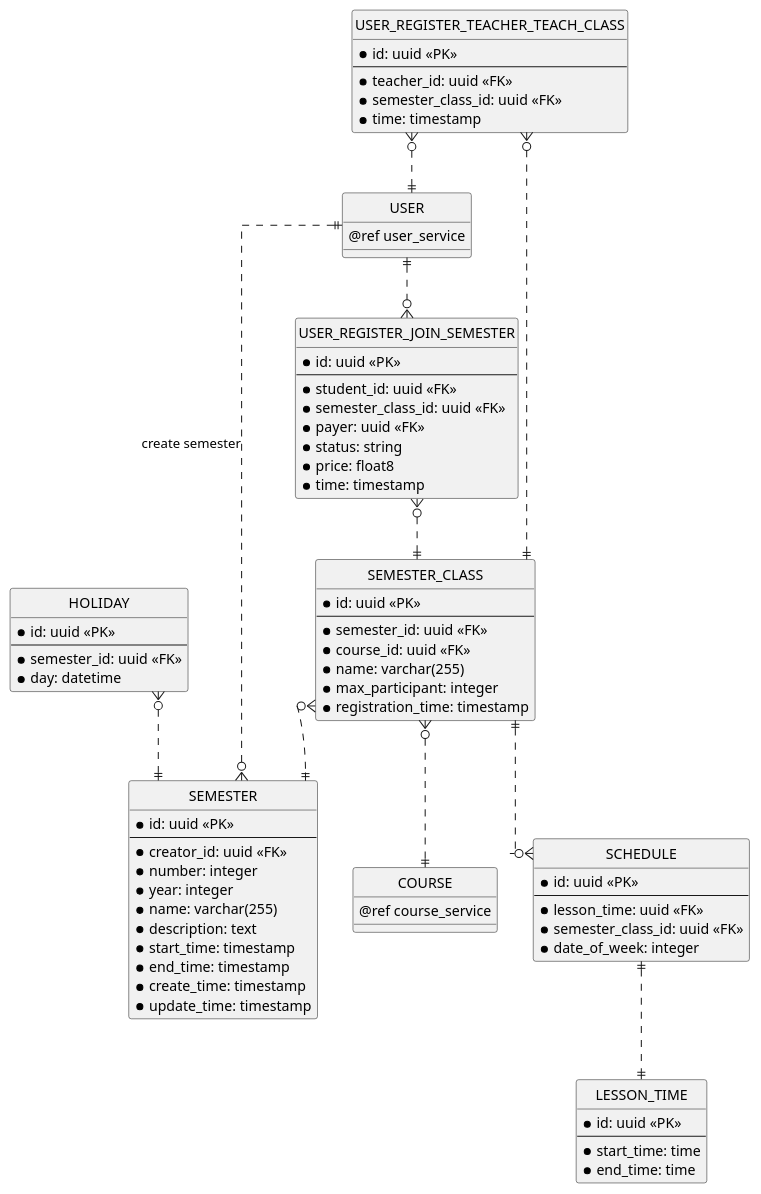
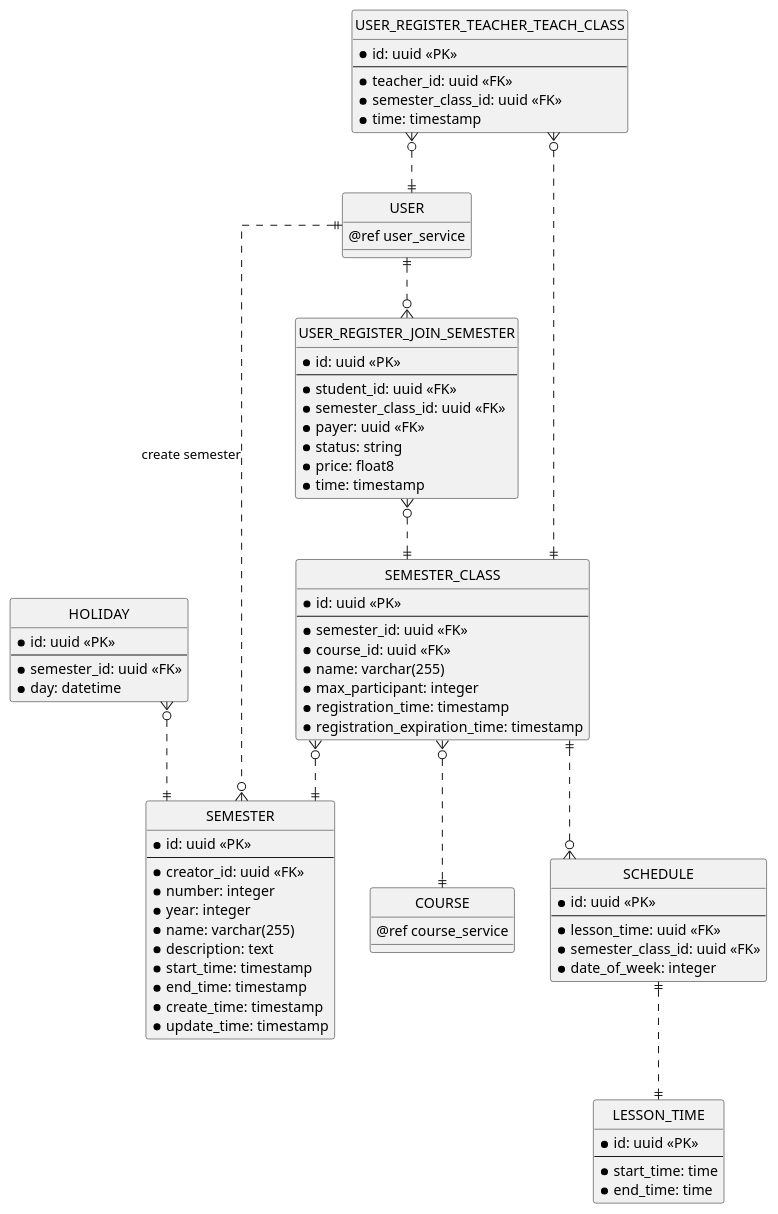
The fifth of 12 diagrams in erd.md (chungnguyenbkcse/ERD-USECASE-KIDSDRAWING), drawn with PlantUML before and after one commit. The commit also changed 1 other file, not shown here.

Commit message:
run web not security, fix semester_class

```diff
--- a/erd.md
+++ b/erd.md
@@ -301,6 +301,7 @@
     * name: varchar(255)
     * max_participant: integer
     * registration_time: timestamp
+    * registration_expiration_time: timestamp
 }
 
 entity "SCHEDULE" as schedule {
```
